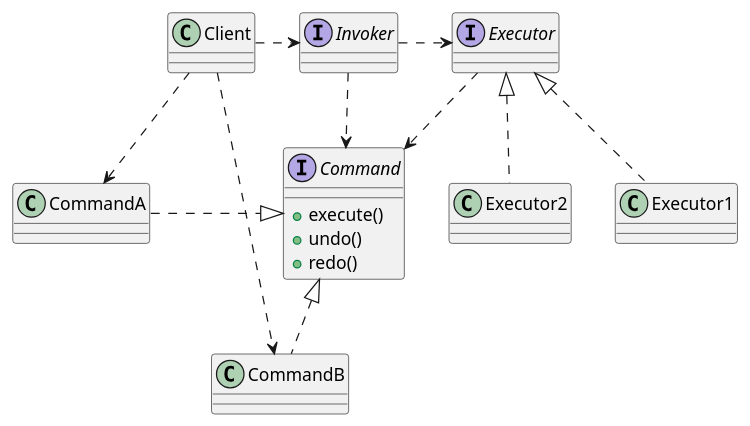
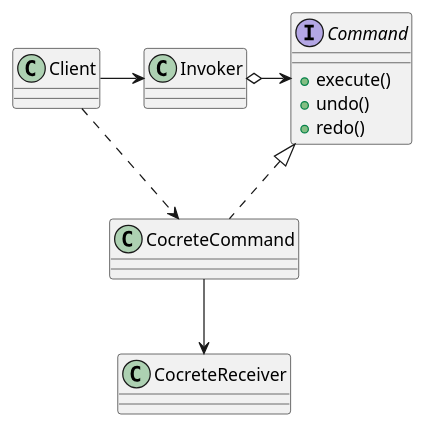
One commit to mengxianbin/cs-notes changed the diagram in Design/Design Patterns/Behavioral Patterns/Command.md. Above: the diagram before and after it, drawn with PlantUML. The commit also changed 11 other files, not shown here.

````diff
--- a/Design/Design Patterns/Behavioral Patterns/Command.md
+++ b/Design/Design Patterns/Behavioral Patterns/Command.md
@@ -1,53 +1,31 @@
 ```puml
 @startuml
 
 class Client {
 
 }
 
-interface Invoker {
+class Invoker {
 
 }
 
 interface Command {
     + execute()
     + undo()
     + redo()
 }
 
-class CommandA {
+class CocreteCommand {
 
 }
 
-class CommandB {
+Client ..> CocreteCommand
+CocreteCommand ..up|> Command
 
-}
+Client -> Invoker
+Invoker o-> Command
 
-Client ..> CommandA
-Client ..> CommandB
-CommandA ..right|> Command
-CommandB ..up|> Command
-
-Client .> Invoker
-Invoker ..> Command
-
-interface Executor {
-
-}
-
-class Executor1 {
-
-}
-
-class Executor2 {
-
-}
-
-Invoker .> Executor
-Executor1 ..up|> Executor
-Executor2 ..up|> Executor
-
-Executor ..> Command
+CocreteCommand --> CocreteReceiver
 
 @enduml
 ```
````
